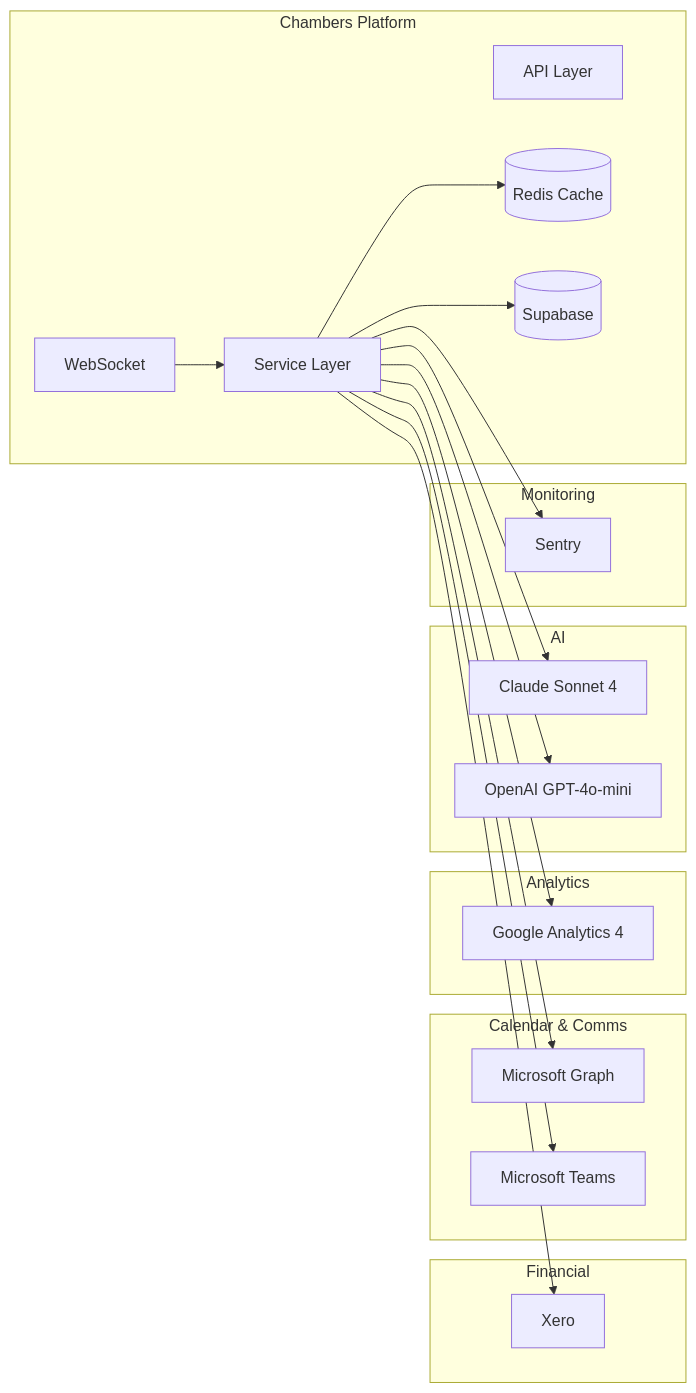
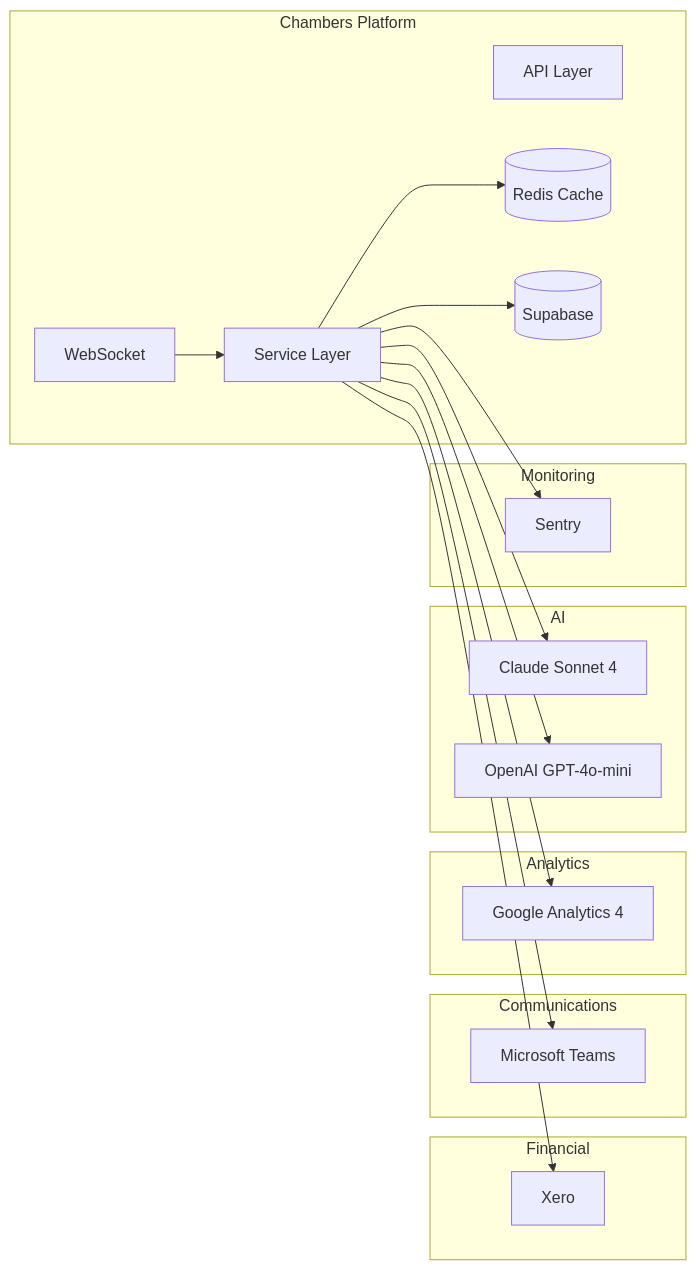
The diagram in developers/overview.mdx (fosman1977/docs), drawn with Mermaid before and after one commit. The commit also changed other lines of this file and 25 other files, not shown here.

````diff
--- a/developers/overview.mdx
+++ b/developers/overview.mdx
@@ -12,43 +12,41 @@
 ```mermaid
 graph LR
     subgraph "Chambers Platform"
         API[API Layer]
         Services[Service Layer]
         Cache[(Redis Cache)]
         DB[(Supabase)]
         WS[WebSocket]
     end
 
     subgraph "Financial"
         Xero[Xero]
     end
 
-    subgraph "Calendar & Comms"
-        MSGraph[Microsoft Graph]
+    subgraph "Communications"
         Teams[Microsoft Teams]
     end
 
     subgraph "Analytics"
         GA4[Google Analytics 4]
     end
 
     subgraph "AI"
         Claude[Claude Sonnet 4]
         OpenAI[OpenAI GPT-4o-mini]
     end
 
     subgraph "Monitoring"
         Sentry[Sentry]
     end
 
     Services --> Xero
-    Services --> MSGraph
     Services --> Teams
     Services --> GA4
     Services --> Claude
     Services --> OpenAI
     Services --> Sentry
     Services --> Cache
     Services --> DB
     WS --> Services
 ```
````
